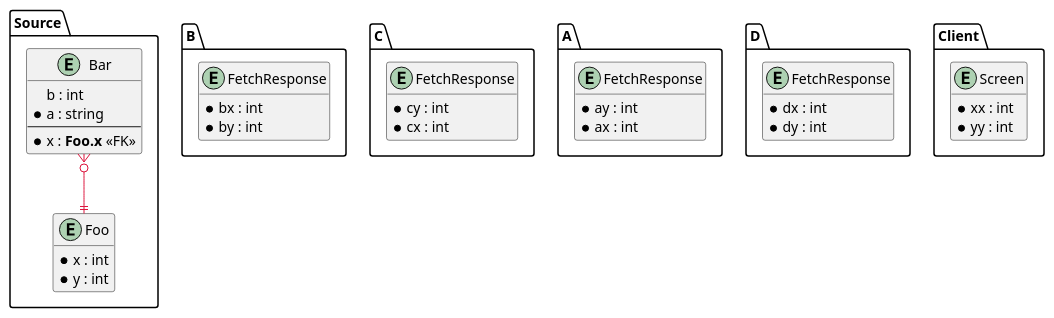
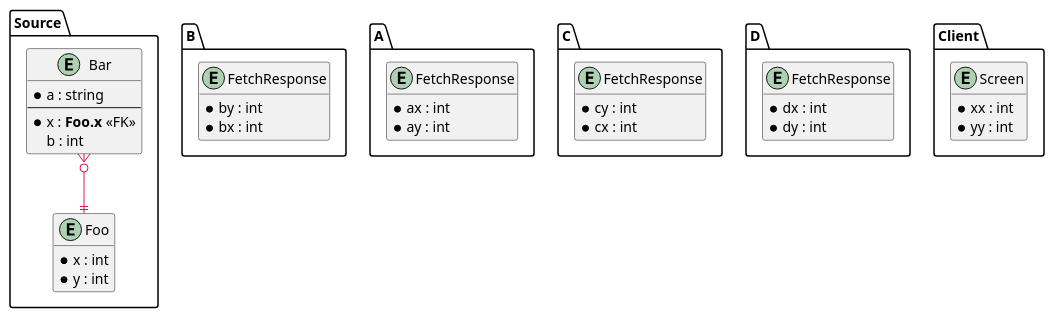
One commit to anz-bank/sysl changed the diagram in pkg/arrai/out/data_diagram.puml. Above: the diagram before and after it, drawn with PlantUML. The commit also changed other lines of this file and 14 other files, not shown here.

```diff
--- a/pkg/arrai/out/data_diagram.puml
+++ b/pkg/arrai/out/data_diagram.puml
@@ -1,86 +1,86 @@
 @startuml
 skinparam component {
   BackgroundColor FloralWhite
   BorderColor Black
   ArrowColor Crimson
 }
 skinparam stereotypeCBackgroundColor Orchid
 hide methods
 
 entity Source.Bar {
-  b : int
-}
-
-entity Source.Bar {
   * a : string
   --
 }
 
 entity Source.Bar {
   * x : **Foo.x** <<FK>>
 }
 
-entity B.FetchResponse {
-  * bx : int
-}
-
-entity C.FetchResponse {
-  * cy : int
+entity Source.Bar {
+  b : int
 }
 
 entity B.FetchResponse {
   * by : int
 }
 
 entity A.FetchResponse {
+  * ax : int
+}
+
+entity A.FetchResponse {
   * ay : int
+}
+
+entity C.FetchResponse {
+  * cy : int
 }
 
 entity D.FetchResponse {
   * dx : int
 }
 
 entity D.FetchResponse {
   * dy : int
 }
 
+entity B.FetchResponse {
+  * bx : int
+}
+
 entity C.FetchResponse {
   * cx : int
-}
-
-entity A.FetchResponse {
-  * ax : int
 }
 
 entity Source.Foo {
   * x : int
 }
 
 entity Source.Foo {
   * y : int
 }
 
 entity Client.Screen {
   * xx : int
 }
 
 entity Client.Screen {
   * yy : int
 }
 
 
-
 Source.Bar             }o--|| Source.Foo
 
 
 
 
 
 
 
 
 
 
 
 
+
 @enduml
```
